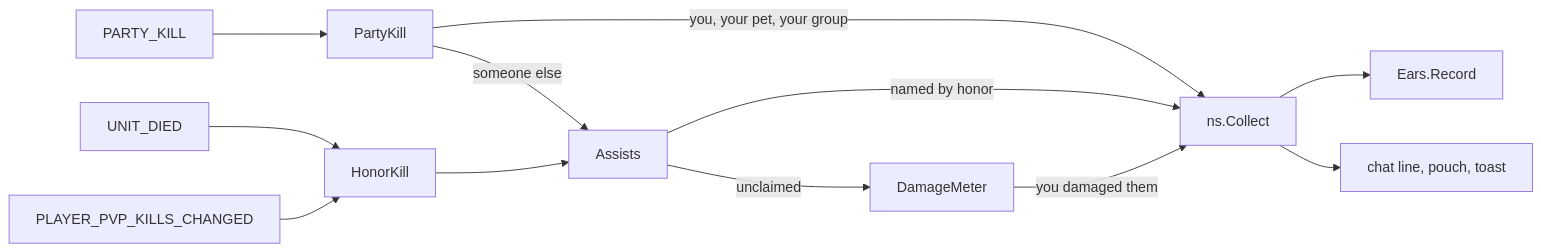
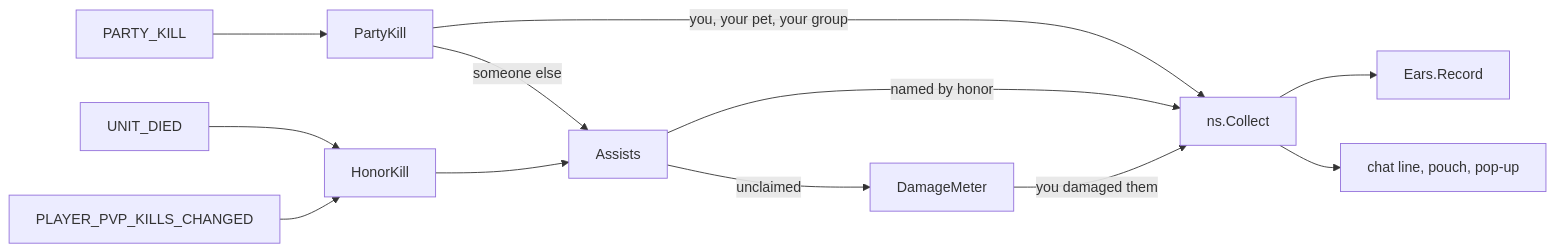
Before and after one commit to AlexaDeWit/Ear-Collector: the diagram in docs/architecture.md, drawn with Mermaid. The commit also changed other lines of this file and 19 other files, not shown here.

````diff
--- a/docs/architecture.md
+++ b/docs/architecture.md
@@ -39,14 +39,14 @@
 ```mermaid
 flowchart LR
     PK[PARTY_KILL] --> PartyKill
     UD[UNIT_DIED] --> HonorKill
     HK[PLAYER_PVP_KILLS_CHANGED] --> HonorKill
     PartyKill -->|you, your pet, your group| Collect
     PartyKill -->|someone else| Assists
     HonorKill --> Assists
     Assists -->|named by honor| Collect
     Assists -->|unclaimed| DamageMeter
     DamageMeter -->|you damaged them| Collect
     Collect[ns.Collect] --> Ears[Ears.Record]
-    Collect --> UI[chat line, pouch, toast]
+    Collect --> UI[chat line, pouch, pop-up]
 ```
````
